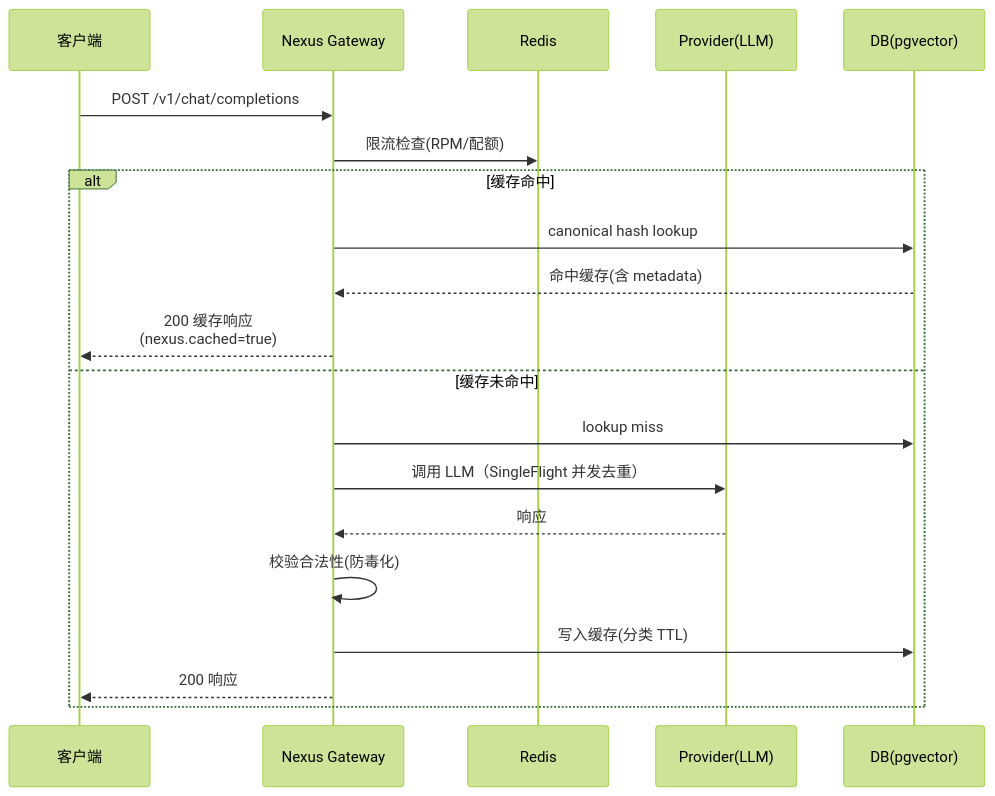
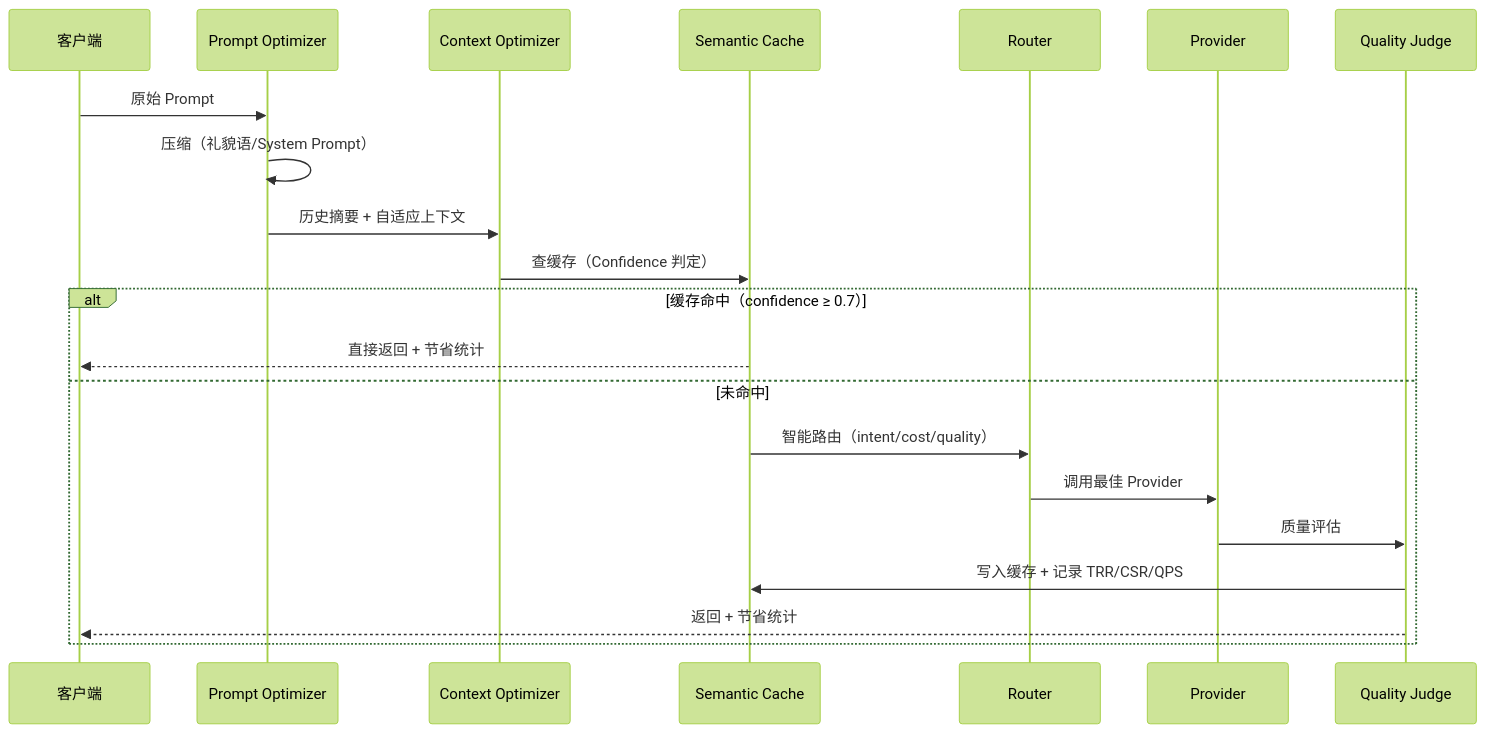
One commit to zhichengYellow/nexus-llm-gateway changed the second of 2 diagrams in README.md. Above: the diagram before and after it, drawn with Mermaid (forest theme). The commit also changed other lines of this file, not shown here.

````diff
--- a/README.md
+++ b/README.md
@@ -79,23 +115,24 @@
 ```mermaid
 sequenceDiagram
     participant C as 客户端
-    participant G as Nexus Gateway
-    participant R as Redis
-    participant P as Provider(LLM)
-    participant D as DB(pgvector)
+    participant P as Prompt Optimizer
+    participant X as Context Optimizer
+    participant K as Semantic Cache
+    participant R as Router
+    participant V as Provider
+    participant J as Quality Judge
 
-    C->>G: POST /v1/chat/completions
-    G->>R: 限流检查(RPM/配额)
-    alt 缓存命中
-        G->>D: canonical hash lookup
-        D-->>G: 命中缓存(含 metadata)
-        G-->>C: 200 缓存响应<br/>(nexus.cached=true)
-    else 缓存未命中
-        G->>D: lookup miss
-        G->>P: 调用 LLM（SingleFlight 并发去重）
-        P-->>G: 响应
-        G->>G: 校验合法性(防毒化)
-        G->>D: 写入缓存(分类 TTL)
-        G-->>C: 200 响应
+    C->>P: 原始 Prompt
+    P->>P: 压缩（礼貌语/System Prompt）
+    P->>X: 历史摘要 + 自适应上下文
+    X->>K: 查缓存（Confidence 判定）
+    alt 缓存命中（confidence ≥ 0.7）
+        K-->>C: 直接返回 + 节省统计
+    else 未命中
+        K->>R: 智能路由（intent/cost/quality）
+        R->>V: 调用最佳 Provider
+        V->>J: 质量评估
+        J->>K: 写入缓存 + 记录 TRR/CSR/QPS
+        J-->>C: 返回 + 节省统计
     end
 ```
````
